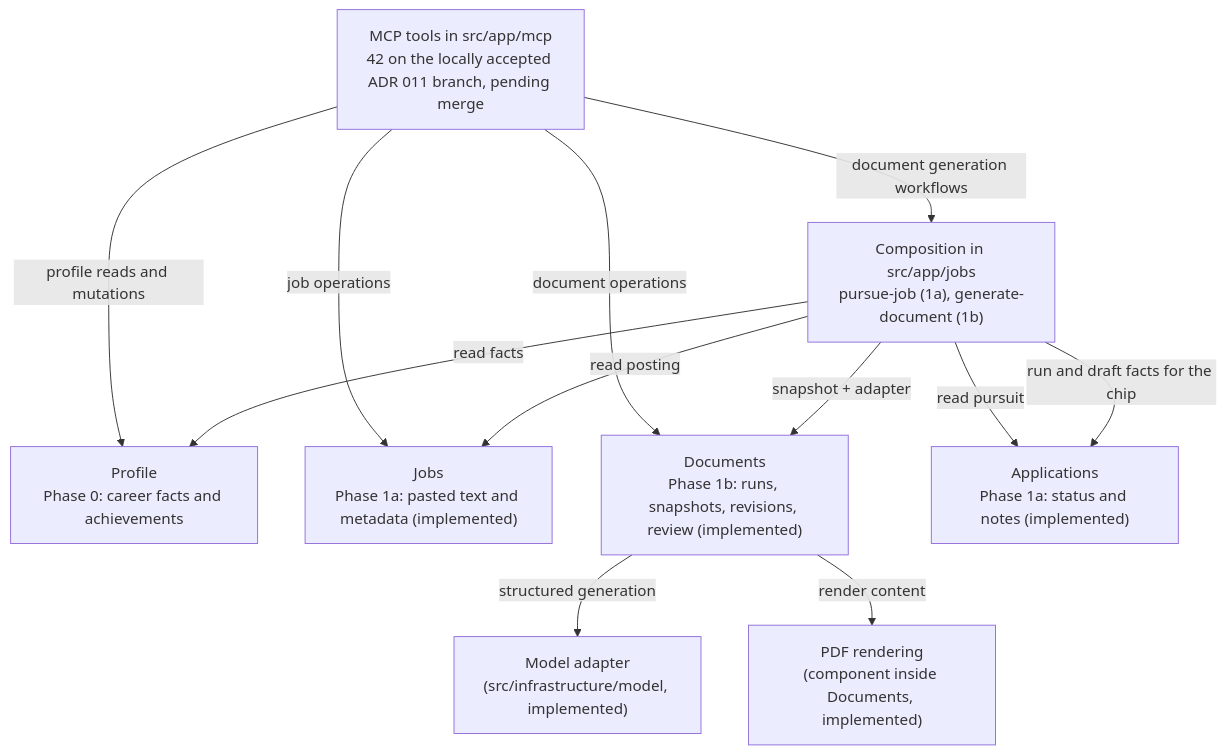
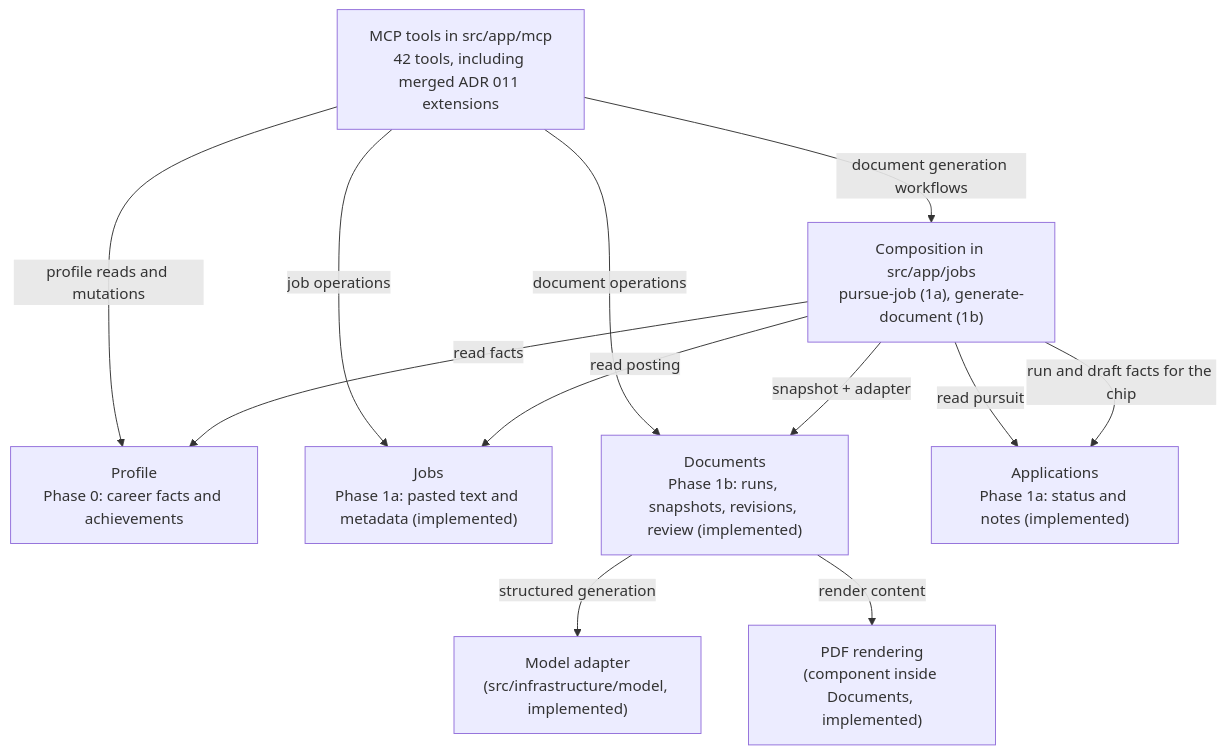
The second of 2 diagrams in docs/03-system-and-modules.md (3333444n/landed), drawn with Mermaid before and after one commit. The commit also changed other lines of this file and 13 other files, not shown here.

````diff
--- a/docs/03-system-and-modules.md
+++ b/docs/03-system-and-modules.md
@@ -39,22 +39,22 @@
 ```mermaid
 flowchart TB
   model["Model adapter<br/>(src/infrastructure/model, implemented)"]
   pdf["PDF rendering<br/>(component inside Documents, implemented)"]
   profile["Profile<br/>Phase 0: career facts and achievements"]
   jobs["Jobs<br/>Phase 1a: pasted text and metadata (implemented)"]
   documents["Documents<br/>Phase 1b: runs, snapshots, revisions, review (implemented)"]
   applications["Applications<br/>Phase 1a: status and notes (implemented)"]
   compose["Composition in src/app/jobs<br/>pursue-job (1a), generate-document (1b)"]
-  mcp["MCP tools in src/app/mcp<br/>42 on the locally accepted ADR 011 branch, pending merge"]
+  mcp["MCP tools in src/app/mcp<br/>42 tools, including merged ADR 011 extensions"]
   mcp -->|"profile reads and mutations"| profile
   mcp -->|"document generation workflows"| compose
   mcp -->|"job operations"| jobs
   mcp -->|"document operations"| documents
   compose -->|"read facts"| profile
   compose -->|"read posting"| jobs
   compose -->|"read pursuit"| applications
   compose -->|"snapshot + adapter"| documents
   documents -->|"structured generation"| model
   documents -->|"render content"| pdf
   compose -->|"run and draft facts for the chip"| applications
 ```
````
